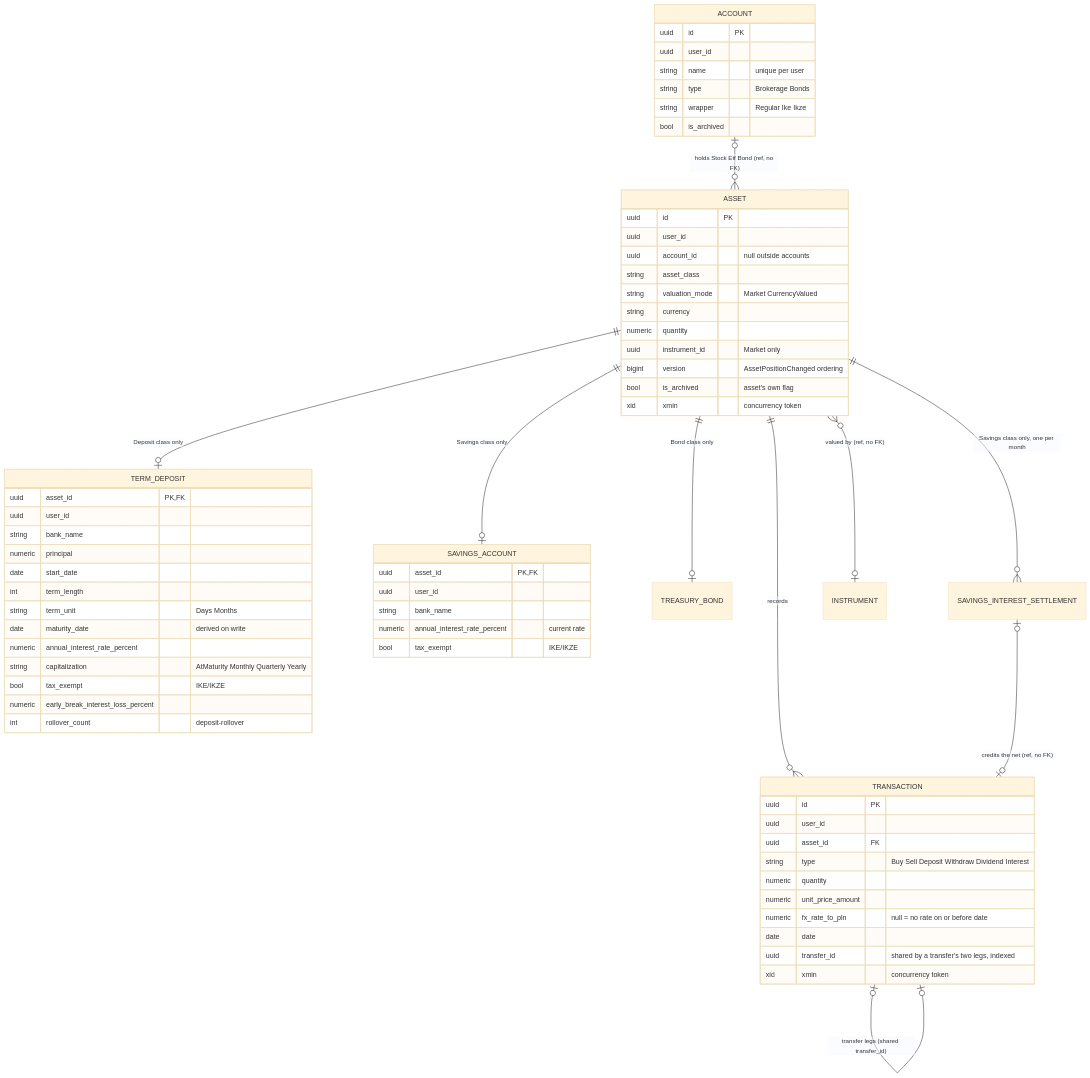
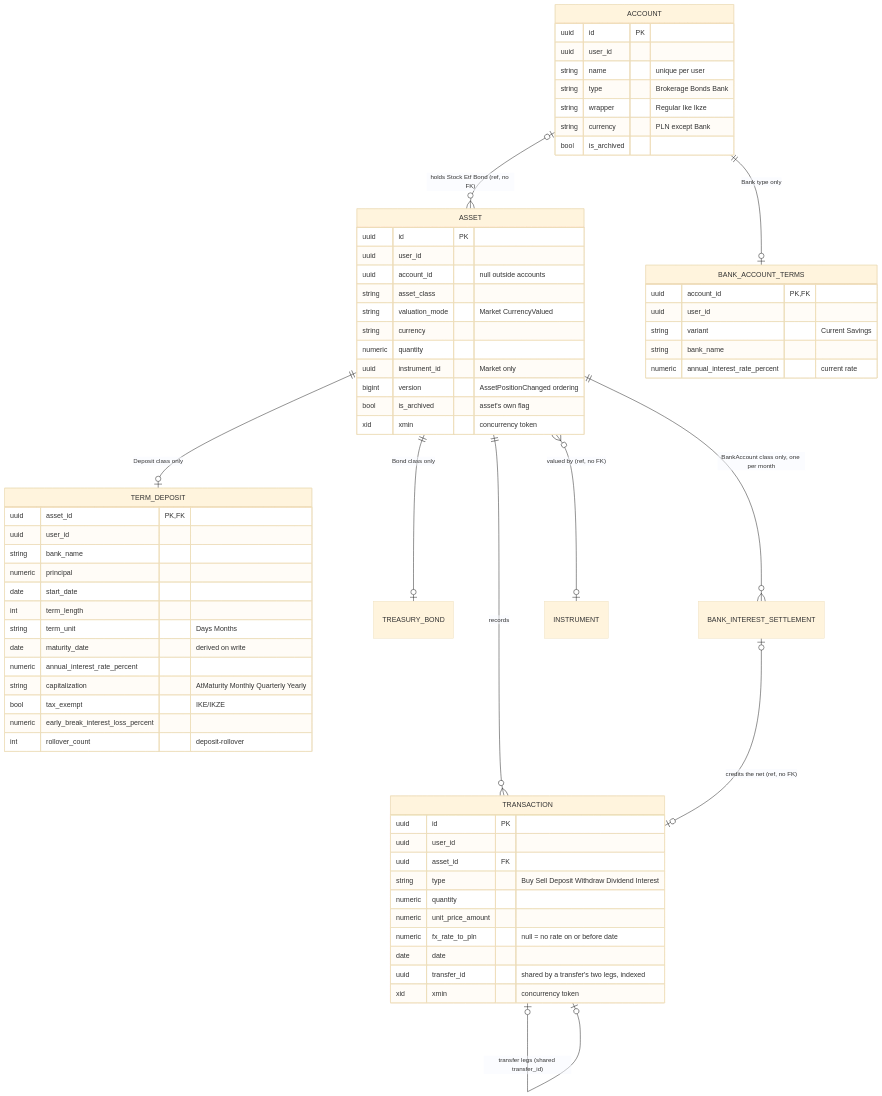
Before and after one commit to Maliniak93/FinMel: the first of 3 diagrams in skarbiec-plan/domain.md, drawn with Mermaid (base theme). The commit also changed other lines of this file and 212 other files, not shown here.

First line of the commit message:
Bank accounts 1: bank accounts replace savings accounts (#316)

````diff
--- a/skarbiec-plan/domain.md
+++ b/skarbiec-plan/domain.md
@@ -69,67 +69,68 @@
 ```mermaid
 erDiagram
     ACCOUNT |o--o{ ASSET : "holds Stock Etf Bond (ref, no FK)"
     ASSET ||--o{ TRANSACTION : records
     TRANSACTION |o--o| TRANSACTION : "transfer legs (shared transfer_id)"
     ASSET ||--o| TERM_DEPOSIT : "Deposit class only"
-    ASSET ||--o| SAVINGS_ACCOUNT : "Savings class only"
+    ACCOUNT ||--o| BANK_ACCOUNT_TERMS : "Bank type only"
     ASSET ||--o| TREASURY_BOND : "Bond class only"
-    ASSET ||--o{ SAVINGS_INTEREST_SETTLEMENT : "Savings class only, one per month"
-    SAVINGS_INTEREST_SETTLEMENT |o--o| TRANSACTION : "credits the net (ref, no FK)"
+    ASSET ||--o{ BANK_INTEREST_SETTLEMENT : "BankAccount class only, one per month"
+    BANK_INTEREST_SETTLEMENT |o--o| TRANSACTION : "credits the net (ref, no FK)"
     ASSET }o--o| INSTRUMENT : "valued by (ref, no FK)"
     ACCOUNT {
         uuid id PK
         uuid user_id
         string name "unique per user"
-        string type "Brokerage Bonds"
+        string type "Brokerage Bonds Bank"
         string wrapper "Regular Ike Ikze"
+        string currency "PLN except Bank"
         bool is_archived
     }
     ASSET {
         uuid id PK
         uuid user_id
         uuid account_id "null outside accounts"
         string asset_class
         string valuation_mode "Market CurrencyValued"
         string currency
         numeric quantity
         uuid instrument_id "Market only"
         bigint version "AssetPositionChanged ordering"
         bool is_archived "asset's own flag"
         xid xmin "concurrency token"
     }
     TRANSACTION {
         uuid id PK
         uuid user_id
         uuid asset_id FK
         string type "Buy Sell Deposit Withdraw Dividend Interest"
         numeric quantity
         numeric unit_price_amount
         numeric fx_rate_to_pln "null = no rate on or before date"
         date date
         uuid transfer_id "shared by a transfer's two legs, indexed"
         xid xmin "concurrency token"
     }
     TERM_DEPOSIT {
         uuid asset_id PK, FK
         uuid user_id
         string bank_name
         numeric principal
         date start_date
         int term_length
         string term_unit "Days Months"
         date maturity_date "derived on write"
         numeric annual_interest_rate_percent
         string capitalization "AtMaturity Monthly Quarterly Yearly"
         bool tax_exempt "IKE/IKZE"
         numeric early_break_interest_loss_percent
         int rollover_count "deposit-rollover"
     }
-    SAVINGS_ACCOUNT {
-        uuid asset_id PK, FK
+    BANK_ACCOUNT_TERMS {
+        uuid account_id PK, FK
         uuid user_id
+        string variant "Current Savings"
         string bank_name
         numeric annual_interest_rate_percent "current rate"
-        bool tax_exempt "IKE/IKZE"
     }
 ```
````
